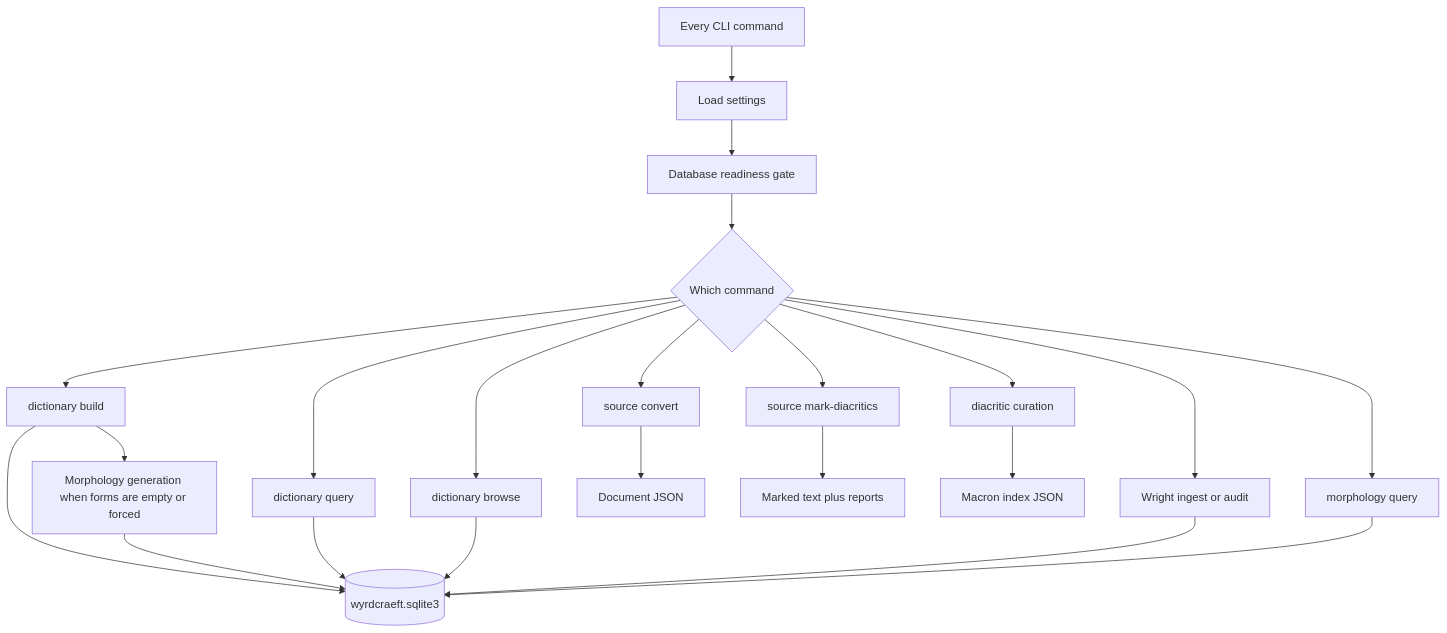
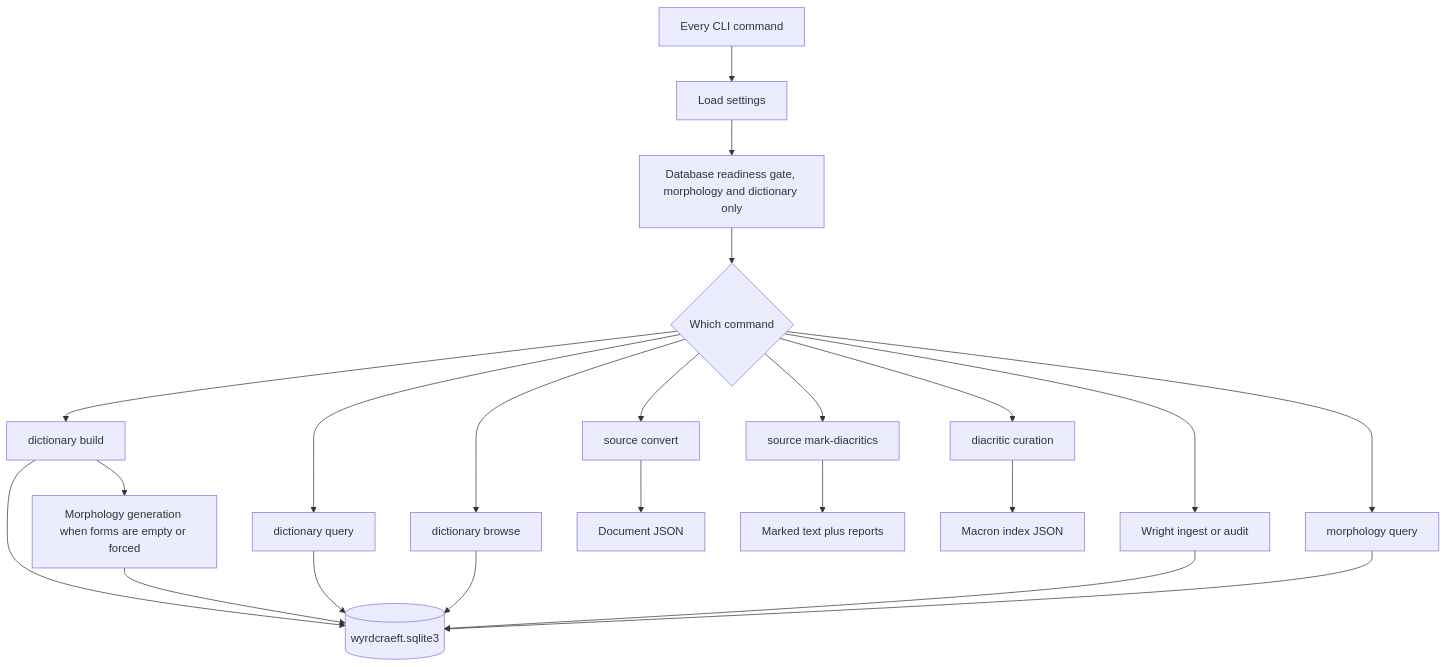
The diagram in projects/wyrdcraeft/wyrdcraeft.md (cmalek/cmalek-linguistics), drawn with Mermaid before and after one commit. The commit also changed 782 other files, not shown here.

````diff
--- a/projects/wyrdcraeft/wyrdcraeft.md
+++ b/projects/wyrdcraeft/wyrdcraeft.md
@@ -60,26 +60,26 @@
 ```mermaid
 flowchart TD
     start[Every CLI command] --> settings[Load settings]
-    settings --> ready[Database readiness gate]
+    settings --> ready[Database readiness gate, morphology and dictionary only]
     ready --> work{Which command}
 
     work --> convert[source convert]
     work --> marks[source mark-diacritics]
     work --> diacritic[diacritic curation]
     work --> build[dictionary build]
     work --> query[dictionary query]
     work --> browse[dictionary browse]
     work --> wright[Wright ingest or audit]
     work --> morphq[morphology query]
 
     convert --> json[Document JSON]
     marks --> text[Marked text plus reports]
     diacritic --> index[Macron index JSON]
     build --> db[(wyrdcraeft.sqlite3)]
     build --> morph[Morphology generation when forms are empty or forced]
     morph --> db
     query --> db
     browse --> db
     wright --> db
     morphq --> db
 ```
````
